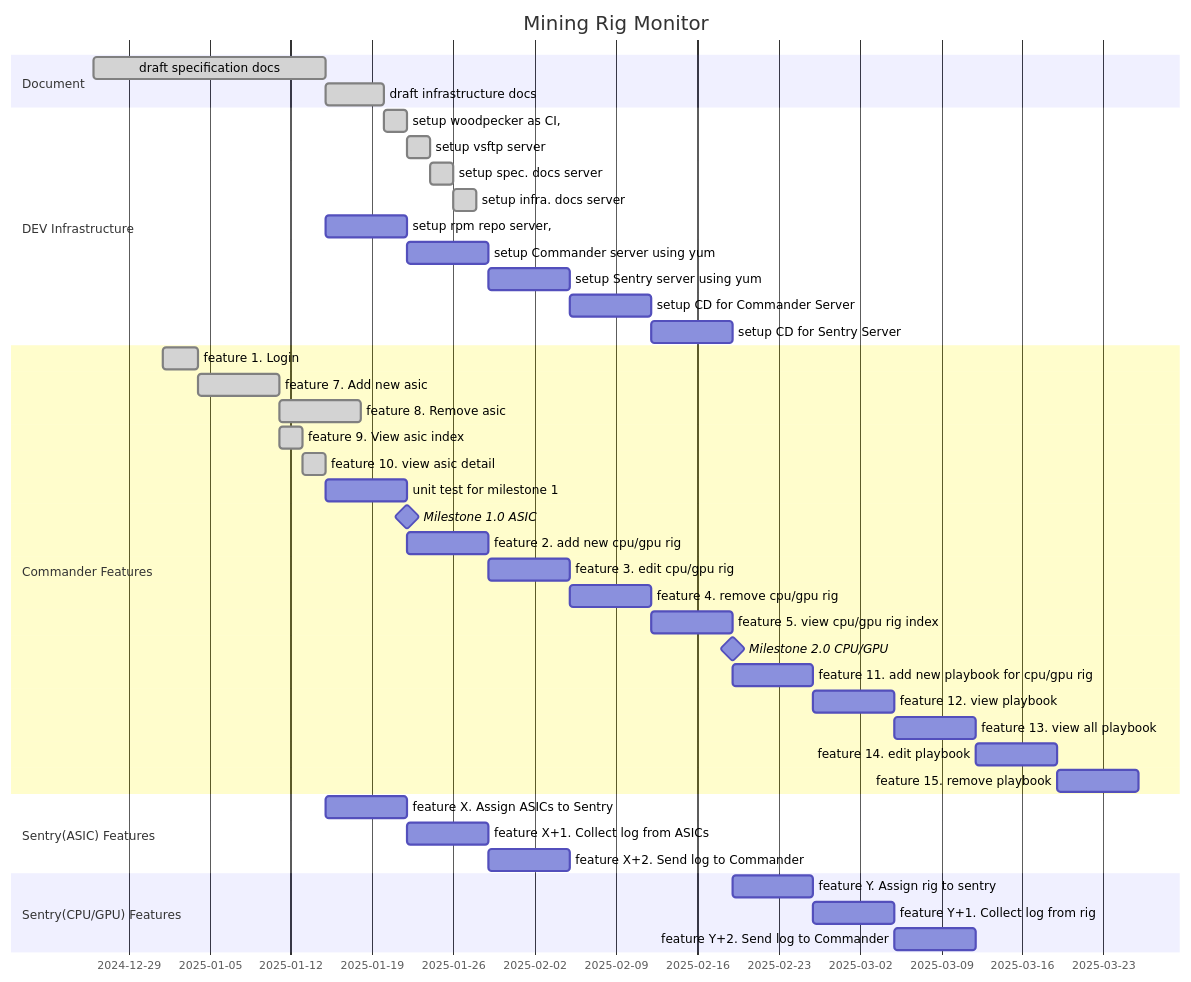
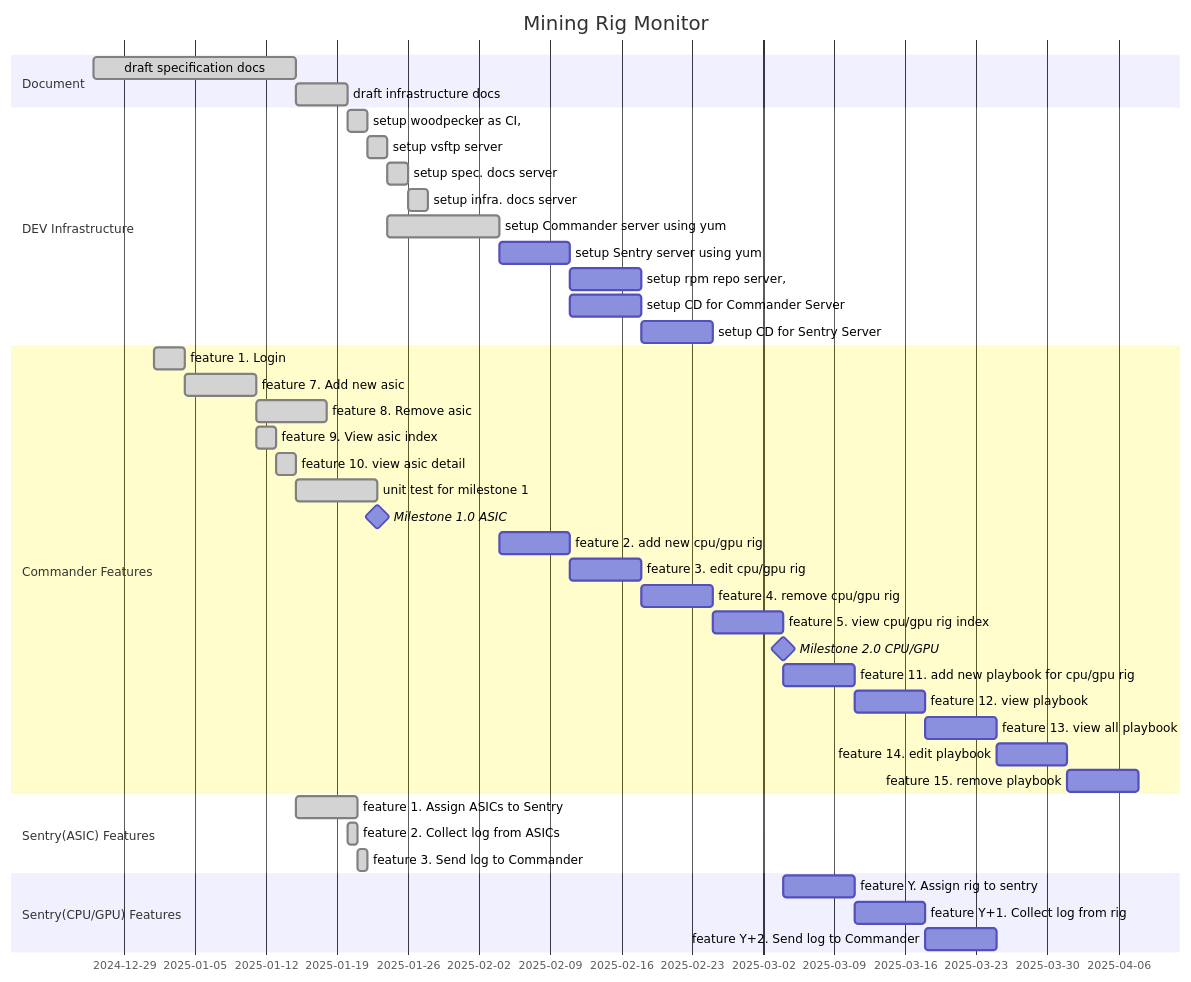
The diagram in docs/06-project-management.md (nguyenvinhlinh/Mining-Rig-Monitor-Document), drawn with Mermaid before and after one commit. The commit also changed 1 other file, not shown here.

````diff
--- a/docs/06-project-management.md
+++ b/docs/06-project-management.md
@@ -8,54 +8,55 @@
 ```mermaid
 gantt
     title Mining Rig Monitor
     dateFormat YYYY-MM-DD
 
     section Document
         draft specification  docs      :done, wsd, 2024-12-26, 20d
         draft infrastructure docs      :done, wid, after wsd, 5d
     section DEV Infrastructure
         setup woodpecker as CI,        :done, swci, after wid, 2d
         setup vsftp server             :done, svsftp, after swci, 2d
         setup spec. docs server        :done, ssds, after svsftp, 2d
         setup infra. docs server       :done, sids, after ssds, 2d
-        setup rpm repo server,         :srps, after f10, 1w
 
-        setup Commander server using yum :scs, after srps, 1w
+
+        setup Commander server using yum :done, scs, 2025-01-24, 2025-02-04
         setup Sentry server using yum    :sss, after scs, 1w
+        setup rpm repo server,          :srps, after sss, 1w
         setup CD for Commander Server   :scdcs, after sss, 1w
         setup CD for Sentry Server      :scdss, after scdcs, 1w
     section Commander Features
         feature  1. Login              :done, f01, 2025-01-01, 3d
 
         feature  7. Add new asic       :done, f07, after f01, 1w
         feature  8. Remove asic        :done, f08, after f07, 1w
         feature  9. View asic index    :done, f09, 2025-01-11, 2025-01-13
         feature 10. view asic detail   :done, f10, 2025-01-13, 2025-01-15
-        unit test for milestone 1      :ut1, 2025-01-15, 1w
+        unit test for milestone 1      :done, ut1, 2025-01-15, 2025-01-23
 
-        Milestone 1.0 ASIC:            milestone, m1, after ut1, 2m
+        Milestone 1.0 ASIC:            milestone, m1, 2025-01-23, 4m
 
-        feature 2. add new cpu/gpu rig    :f02, after m1, 1w
+        feature 2. add new cpu/gpu rig    :f02, after scs, 1w
         feature 3. edit cpu/gpu rig       :f03, after f02, 1w
         feature 4. remove cpu/gpu rig     :f04, after f03, 1w
         feature 5. view cpu/gpu rig index :f05, after f04, 1w
 
         Milestone 2.0 CPU/GPU: milestone, m2, after f05, 2m
 
         feature 11. add new playbook for cpu/gpu rig  :f11, after f05, 1w
         feature 12. view playbook                     :f12, after f11, 1w
         feature 13. view all playbook                 :f13, after f12, 1w
         feature 14. edit playbook                     :f14, after f13, 1w
         feature 15. remove playbook                   :f15, after f14, 1w
 
     section Sentry(ASIC) Features
-        feature X. Assign ASICs to Sentry    :fx,  after f10, 1w
-        feature X+1. Collect log from ASICs  :fx1, after fx,  1w
-        feature X+2. Send log to Commander   :fx2, after fx1, 1w
+        feature 1. Assign ASICs to Sentry    :done, aats, 2025-01-15, 2025-01-21
+        feature 2. Collect log from ASICs    :done, clfa, 2025-01-20, 2025-01-21
+        feature 3. Send log to Commander     :done, sltc, 2025-01-21, 2025-01-22
 
     section Sentry(CPU/GPU) Features
         feature Y. Assign rig to sentry    :fy, after f05, 1w
         feature Y+1. Collect log from rig  :fy1, after fy, 1w
         feature Y+2. Send log to Commander :fy2, after fy1, 1w
 
 ```
````
